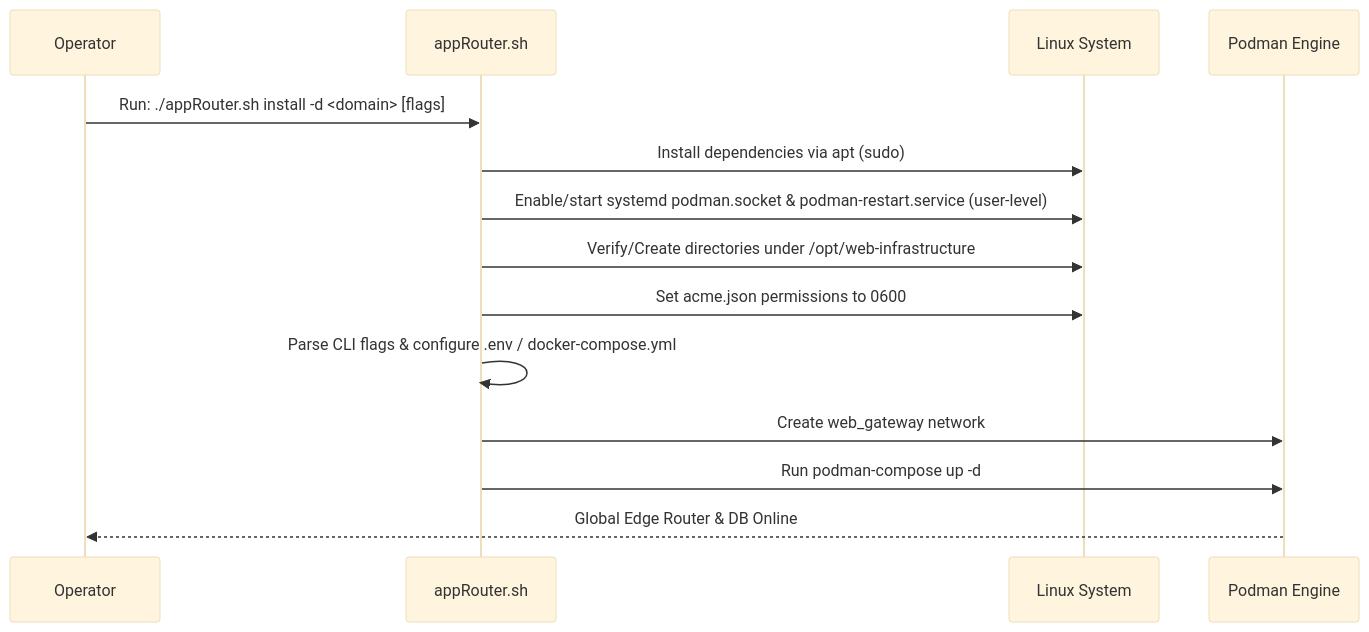
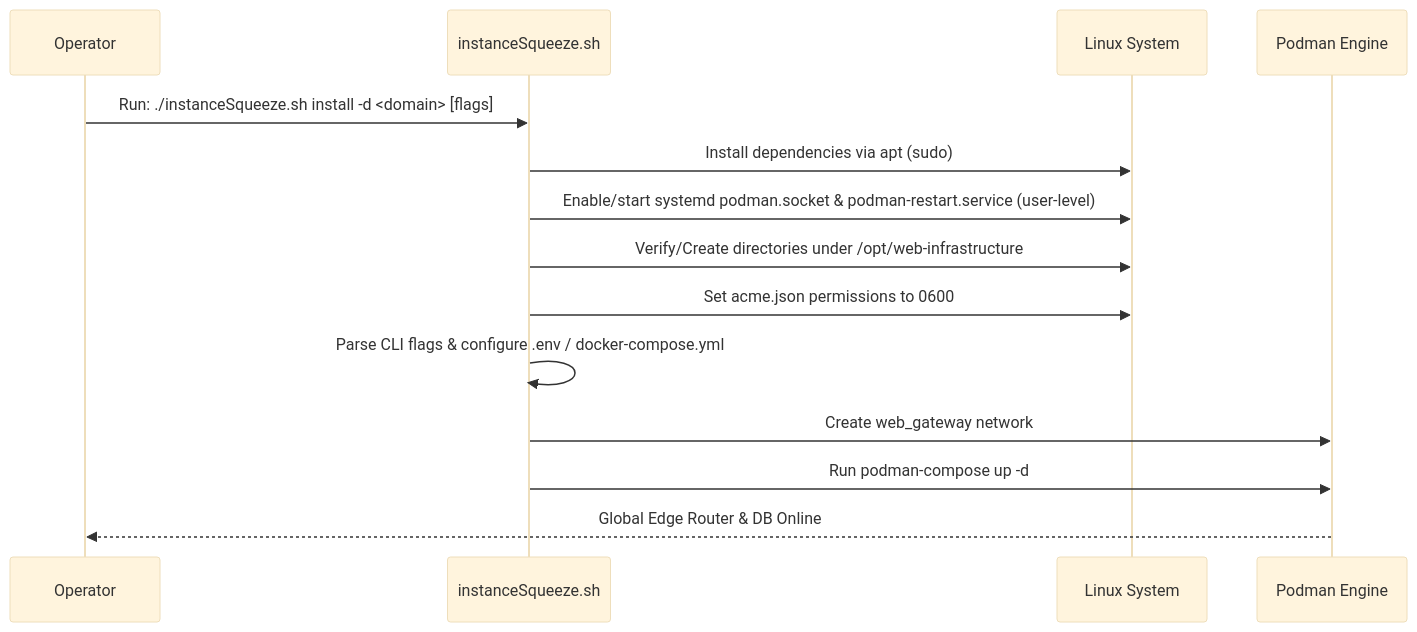
Before and after one commit to python-ai-bootcamp/appSqueezer: the second of 2 diagrams in docs/deploymentSpec.md, drawn with Mermaid (base theme). The commit also changed other lines of this file and 7 other files, not shown here.

Commit message:
more minor refactoring in addition to renaming project as instanceSqueeze

````diff
--- a/docs/deploymentSpec.md
+++ b/docs/deploymentSpec.md
@@ -43,17 +43,17 @@
 ```mermaid
 sequenceDiagram
     participant Admin as Operator
-    participant Script as appRouter.sh
+    participant Script as instanceSqueeze.sh
     participant System as Linux System
     participant Podman as Podman Engine
 
-    Admin->>Script: Run: ./appRouter.sh install -d <domain> [flags]
+    Admin->>Script: Run: ./instanceSqueeze.sh install -d <domain> [flags]
     Script->>System: Install dependencies via apt (sudo)
     Script->>System: Enable/start systemd podman.socket & podman-restart.service (user-level)
     Script->>System: Verify/Create directories under /opt/web-infrastructure
     Script->>System: Set acme.json permissions to 0600
     Script->>Script: Parse CLI flags & configure .env / docker-compose.yml
     Script->>Podman: Create web_gateway network
     Script->>Podman: Run podman-compose up -d
     Podman-->>Admin: Global Edge Router & DB Online
 ```
````
